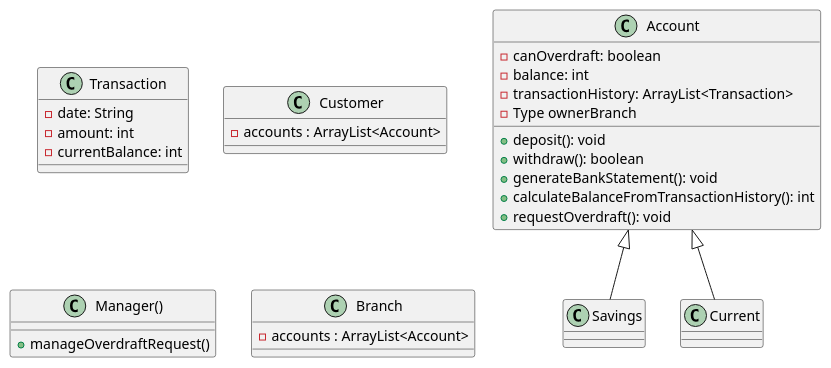
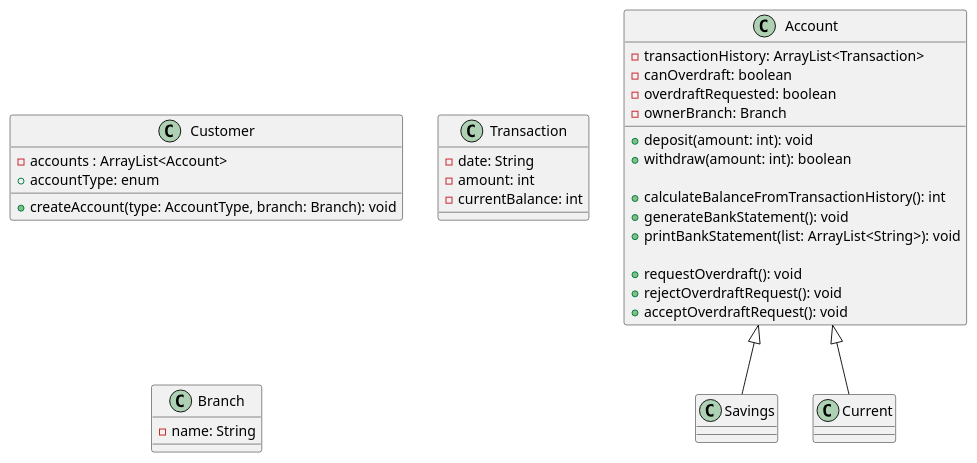
The diagram in classDiagram.puml (boolean-uk/java-tdd-oop-bank-challenge), drawn with PlantUML before and after one commit. The commit also changed 1 other file, not shown here.

Commit message:
Updated domain model and class diagram.

```diff
--- a/classDiagram.puml
+++ b/classDiagram.puml
@@ -1,38 +1,42 @@
 @startuml
-
-Class Transaction {
-- date: String
-- amount: int
-- currentBalance: int
-}
 
 Class Customer {
 - accounts : ArrayList<Account>
++ accountType: enum
++ createAccount(type: AccountType, branch: Branch): void
 }
 
 Class Account {
+- transactionHistory: ArrayList<Transaction>
 - canOverdraft: boolean
-- balance: int
-- transactionHistory: ArrayList<Transaction>
-- Type ownerBranch
-+ deposit(): void
-+ withdraw(): boolean
+- overdraftRequested: boolean
+- ownerBranch: Branch
+
++ deposit(amount: int): void
++ withdraw(amount: int): boolean
+
++ calculateBalanceFromTransactionHistory(): int
 + generateBankStatement(): void
-+ calculateBalanceFromTransactionHistory(): int
++ printBankStatement(list: ArrayList<String>): void
+
 + requestOverdraft(): void
++ rejectOverdraftRequest(): void
++ acceptOverdraftRequest(): void
 }
 
 Class Savings extends Account {
 }
 
 Class Current extends Account {
 }
 
-Class Manager(){
-+ manageOverdraftRequest()
+Class Transaction {
+- date: String
+- amount: int
+- currentBalance: int
 }
 
 Class Branch {
-- accounts : ArrayList<Account>
+- name: String
 }
 @enduml
```
